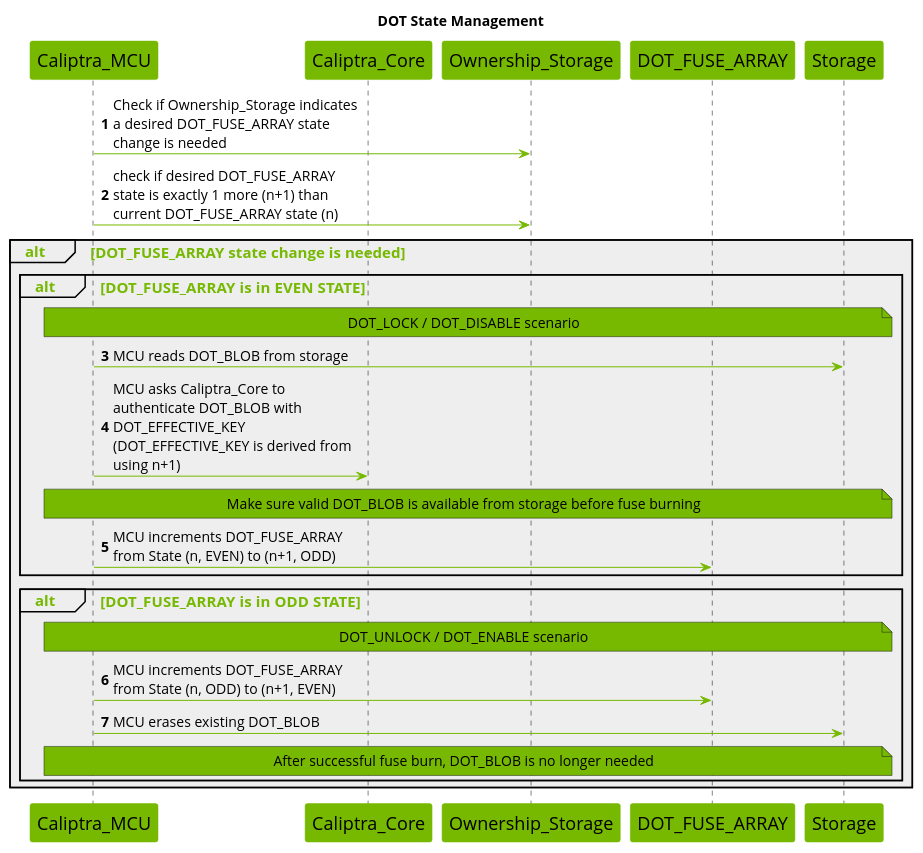
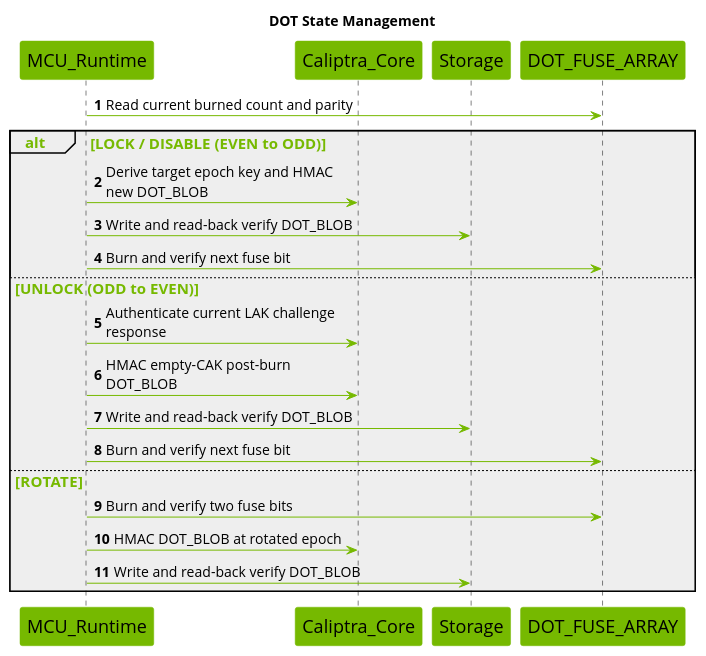
The fourth of 8 diagrams in docs/src/dot.md (chipsalliance/caliptra-mcu-sw), drawn with PlantUML before and after one commit. The commit also changed other lines of this file and 59 other files, not shown here.

First line of the commit message:
[feat] DOT: implement ownership transfer commands over MCI and SPDM VDM (#1930)

````diff
--- a/docs/src/dot.md
+++ b/docs/src/dot.md
@@ -740,56 +757,53 @@
 ```plantuml
 @startuml
 
 title DOT State Management
 
 skinparam maxMessageSize 250
 skinparam wrapWidth 700
 skinparam backgroundColor white
 skinparam NoteBackgroundColor #76b900
 skinparam NoteFontSize 14
 skinparam SequenceGroupBodyBackgroundColor #EEEEEE
 skinparam defaultFontName Open Sans
 
 skinparam sequence {
     ArrowColor #76b900
     ActorBorderColor #76b900
     LifeLineBorderColor #000000
     LifeLineBackgroundColor #76b900
     GroupHeaderFontsize 15
     GroupHeaderFontColor #76b900
     GroupFontSize 15
     GroupFontColor #76b900
     ArrowFontSize 15
     ParticipantBorderColor #76b900
     ParticipantBackgroundColor #76b900
     ParticipantFontSize 18
     ParticipantFontColor black
     ArrowFontSize 14
 }
 
-participant Caliptra_MCU
+participant MCU_Runtime
 participant Caliptra_Core
-participant Ownership_Storage
+participant Storage
 participant DOT_FUSE_ARRAY
-participant Storage
 
 autonumber
-Caliptra_MCU -> Ownership_Storage : Check if Ownership_Storage indicates a desired DOT_FUSE_ARRAY state change is needed
-Caliptra_MCU -> Ownership_Storage : check if desired DOT_FUSE_ARRAY state is exactly 1 more (n+1) than current DOT_FUSE_ARRAY state (n)
-alt DOT_FUSE_ARRAY state change is needed
-    alt DOT_FUSE_ARRAY is in EVEN STATE
-        note across : DOT_LOCK / DOT_DISABLE scenario
-        Caliptra_MCU -> Storage : MCU reads DOT_BLOB from storage
-        Caliptra_MCU -> Caliptra_Core : MCU asks Caliptra_Core to authenticate DOT_BLOB with DOT_EFFECTIVE_KEY (DOT_EFFECTIVE_KEY is derived from using n+1)
-        note across : Make sure valid DOT_BLOB is available from storage before fuse burning
-        Caliptra_MCU -> DOT_FUSE_ARRAY : MCU increments DOT_FUSE_ARRAY from State (n, EVEN) to (n+1, ODD)
-    end
-    alt DOT_FUSE_ARRAY is in ODD STATE
-        note across : DOT_UNLOCK / DOT_ENABLE scenario
-        Caliptra_MCU -> DOT_FUSE_ARRAY : MCU increments DOT_FUSE_ARRAY from State (n, ODD) to (n+1, EVEN)
-        Caliptra_MCU -> Storage : MCU erases existing DOT_BLOB
-        note across : After successful fuse burn, DOT_BLOB is no longer needed
-    end
+MCU_Runtime -> DOT_FUSE_ARRAY : Read current burned count and parity
+alt LOCK / DISABLE (EVEN to ODD)
+    MCU_Runtime -> Caliptra_Core : Derive target epoch key and HMAC new DOT_BLOB
+    MCU_Runtime -> Storage : Write and read-back verify DOT_BLOB
+    MCU_Runtime -> DOT_FUSE_ARRAY : Burn and verify next fuse bit
+else UNLOCK (ODD to EVEN)
+    MCU_Runtime -> Caliptra_Core : Authenticate current LAK challenge response
+    MCU_Runtime -> Caliptra_Core : HMAC empty-CAK post-burn DOT_BLOB
+    MCU_Runtime -> Storage : Write and read-back verify DOT_BLOB
+    MCU_Runtime -> DOT_FUSE_ARRAY : Burn and verify next fuse bit
+else ROTATE
+    MCU_Runtime -> DOT_FUSE_ARRAY : Burn and verify two fuse bits
+    MCU_Runtime -> Caliptra_Core : HMAC DOT_BLOB at rotated epoch
+    MCU_Runtime -> Storage : Write and read-back verify DOT_BLOB
 end
 @enduml
 ```
````
